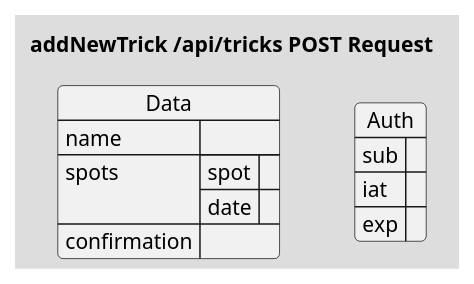
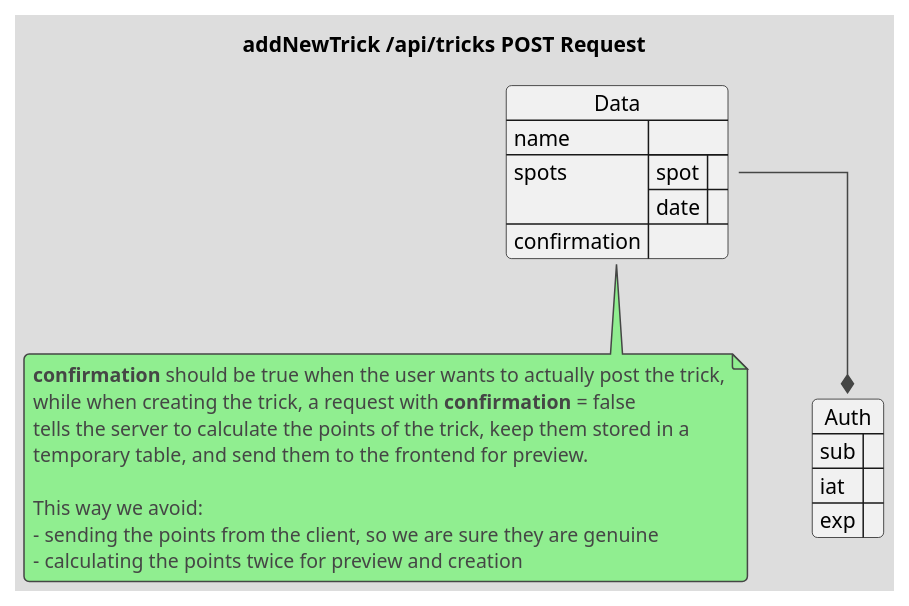
Before and after one commit to crah-app/diagrams: the first of 2 diagrams in api/src/Tricks/POST/addNewTrick.puml, drawn with PlantUML. The commit also changed other lines of this file and 5 other files, not shown here.

Commit message:
Added notes in Tricks diagrams

```diff
--- a/api/src/Tricks/POST/addNewTrick.puml
+++ b/api/src/Tricks/POST/addNewTrick.puml
@@ -1,29 +1,43 @@
 @startuml addNewTrick-Request
 !theme toy
+skinparam linetype ortho
 title "addNewTrick /api/tricks POST Request"
 
 json Data {
     "name": "",
     "spots": [
         {
             "spot": "",
             "date": ""
         }
     ],
-    ' `confirmation` should be true when the user wants to actually post the trick,
-    ' while when creating the trick, a request with `confirmation` = false 
+    ' **confirmation** should be true when the user wants to actually post the trick,
+    ' while when creating the trick, a request with **confirmation** = false 
     ' tells the server to calculate the points of the trick, keep them stored in a 
     ' temporary table, and send them to the frontend for preview.
     '
     ' This way we avoid:
     ' - sending the points from the client, so we are sure they are genuine
     ' - calculating the points twice for preview and creation
     "confirmation": ""
 }
 
+note bottom of Data
+    **confirmation** should be true when the user wants to actually post the trick,
+    while when creating the trick, a request with **confirmation** = false 
+    tells the server to calculate the points of the trick, keep them stored in a 
+    temporary table, and send them to the frontend for preview.
+    
+    This way we avoid:
+    - sending the points from the client, so we are sure they are genuine
+    - calculating the points twice for preview and creation
+end note
+
 json Auth {
     "sub": "",
     "iat": "",
     "exp": ""
 }
+
+Data --* Auth
 @enduml
```
